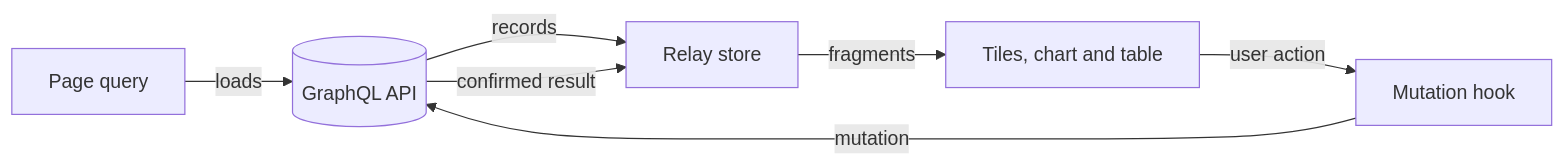
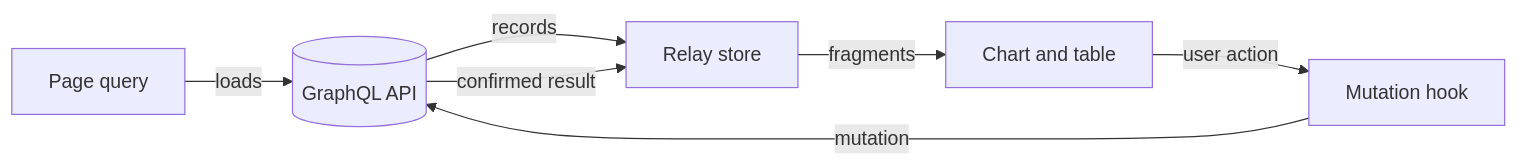
One commit to NRG-Drink/athlify changed the second of 2 diagrams in docs/copilot/frontend/SAD.md. Above: the diagram before and after it, drawn with Mermaid. The commit also changed other lines of this file and 23 other files, not shown here.

First line of the commit message:
feat: rework body-stats page with chart that follows the table filters

````diff
--- a/docs/copilot/frontend/SAD.md
+++ b/docs/copilot/frontend/SAD.md
@@ -304,14 +298,14 @@
 ```mermaid
 flowchart LR
     API[(GraphQL API)]
     STORE[Relay store]
     PAGE[Page query]
-    VIEW[Tiles, chart and table]
+    VIEW[Chart and table]
     MUT[Mutation hook]
     PAGE -->|loads| API
     API -->|records| STORE
     STORE -->|fragments| VIEW
     VIEW -->|user action| MUT
     MUT -->|mutation| API
     API -->|confirmed result| STORE
 ```
````
